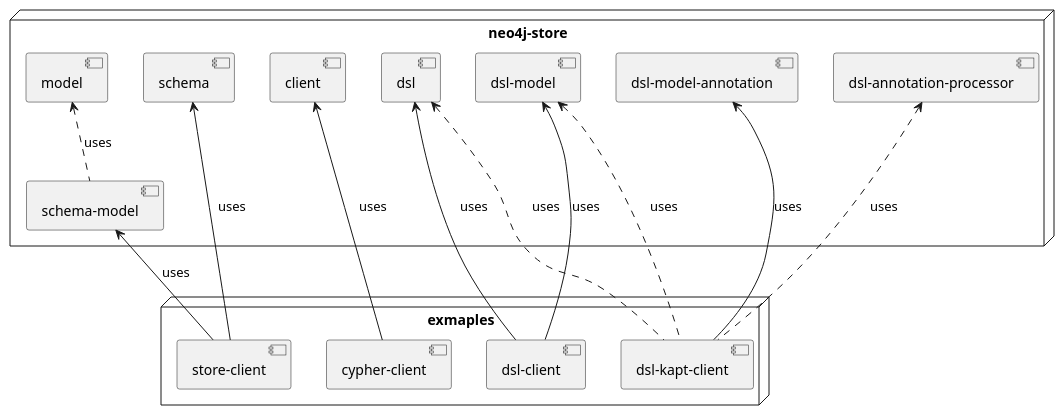
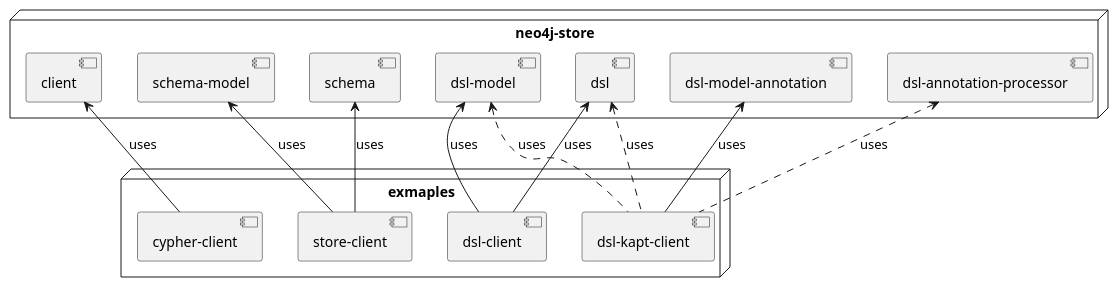
One commit to vihangpatil/neo4j-store changed the diagram in examples/dependency.plantuml. Above: the diagram before and after it, drawn with PlantUML. The commit also changed 23 other files, not shown here.

Commit message:
Merged model to schema-model

```diff
--- a/examples/dependency.plantuml
+++ b/examples/dependency.plantuml
@@ -1,37 +1,33 @@
 @startuml
 
 node neo4j-store {
     [client]
-    [model]
     [schema-model]
     [schema]
     [dsl-model]
     [dsl]
     [dsl-model-annotation]
     [dsl-annotation-processor]
 }
 
 node exmaples {
     [cypher-client]
     [store-client]
     [dsl-kapt-client]
     [dsl-client]
 }
 
 [client] <-- [cypher-client] : uses
 
-[model] <.. [schema-model] : uses
-
-
 [schema] <-- [store-client] : uses
 [schema-model] <-- [store-client] : uses
 
 [dsl] <-- [dsl-client] : uses
 [dsl-model] <-- [dsl-client] : uses
 
 [dsl-model-annotation] <-- [dsl-kapt-client] : uses
 [dsl-annotation-processor] <.. [dsl-kapt-client] : uses
 [dsl] <.. [dsl-kapt-client] : uses
 [dsl-model] <.. [dsl-kapt-client] : uses
 
 @enduml
```
